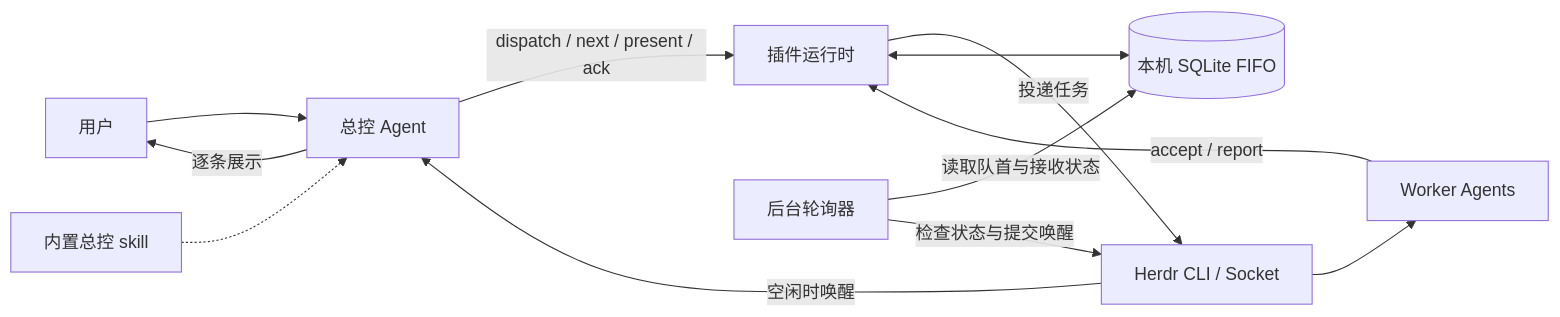
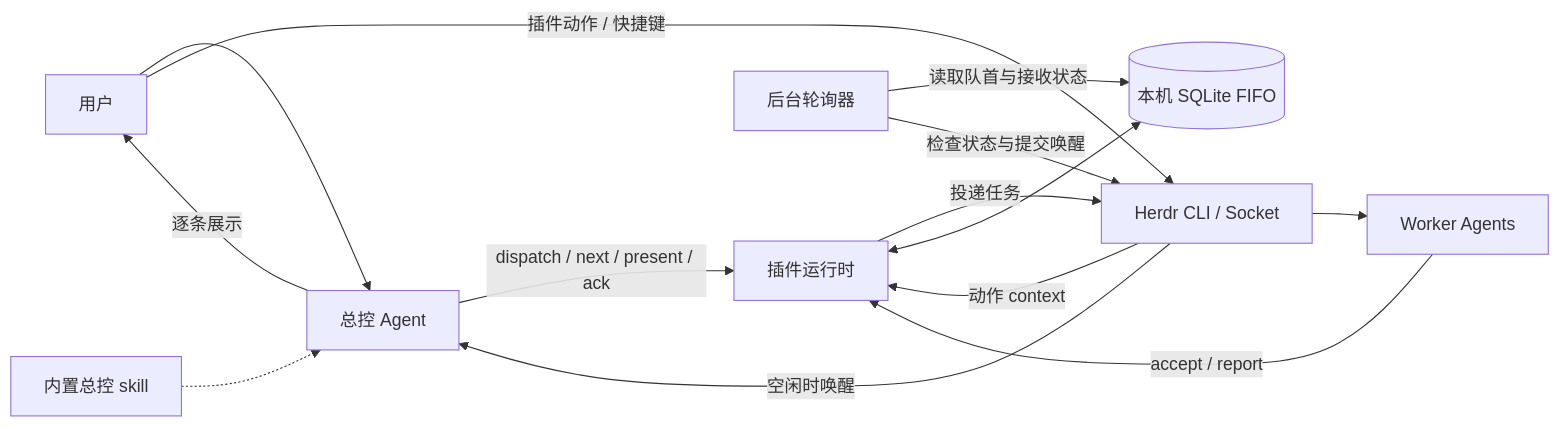
One commit to MarvelXXX/herdr-orchestrator-plugin changed the first of 2 diagrams in README.md. Above: the diagram before and after it, drawn with Mermaid. The commit also changed other lines of this file and 9 other files, not shown here.

````diff
--- a/README.md
+++ b/README.md
@@ -16,14 +16,16 @@
 ```mermaid
 flowchart LR
     User["用户"] --> Coordinator["总控 Agent"]
     Skill["内置总控 skill"] -.-> Coordinator
     Coordinator -->|dispatch / next / present / ack| Runtime["插件运行时"]
     Runtime -->|投递任务| Herdr["Herdr CLI / Socket"]
+    User -->|插件动作 / 快捷键| Herdr
+    Herdr -->|动作 context| Runtime
     Herdr --> Workers["Worker Agents"]
     Workers -->|accept / report| Runtime
     Runtime <--> Queue[("本机 SQLite FIFO")]
     Poller["后台轮询器"] -->|读取队首与接收状态| Queue
     Poller -->|检查状态与提交唤醒| Herdr
     Herdr -->|空闲时唤醒| Coordinator
     Coordinator -->|逐条展示| User
 ```
````
